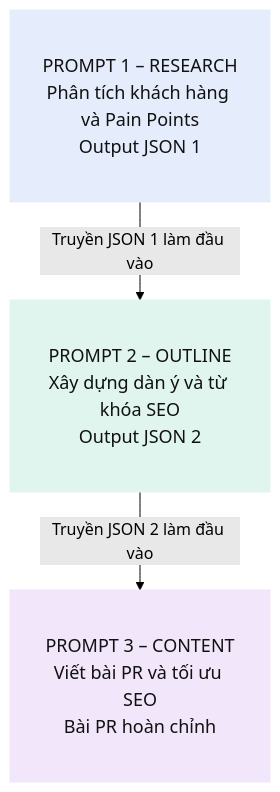
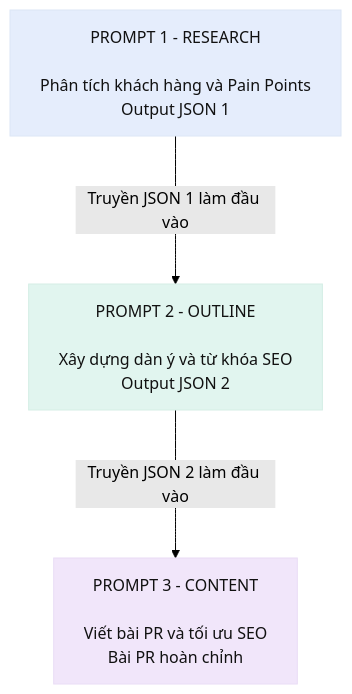
One commit to Duyanh2k8/HCM-KS26-CNTT1_PromptingAI_Session05_Ex02 changed the diagram in README.md. Above: the diagram before and after it, drawn with Mermaid (forest theme).

````diff
--- a/README.md
+++ b/README.md
@@ -138,16 +138,17 @@
 ```mermaid
+%%{init: {"flowchart": {"wrappingWidth": 450, "nodeSpacing": 80, "rankSpacing": 100}}}%%
+
 flowchart TD
-  A["PROMPT 1 – RESEARCH</br>Phân tích khách hàng và Pain Points</br>Output JSON 1"]
-  B["PROMPT 2 – OUTLINE</br>Xây dựng dàn ý và từ khóa SEO</br>Output JSON 2"]
-  C["PROMPT 3 – CONTENT</br>Viết bài PR và tối ưu SEO</br>Bài PR hoàn chỉnh"]
+    A["PROMPT 1 - RESEARCH<br/><br/>Phân tích khách hàng và Pain Points<br/>Output JSON 1"]
 
-  A --> |"Truyền JSON 1 làm đầu vào"| B
-  B --> |"Truyền JSON 2 làm đầu vào"| C
+    B["PROMPT 2 - OUTLINE<br/><br/>Xây dựng dàn ý và từ khóa SEO<br/>Output JSON 2"]
 
-classDef box font-size:18px,padding:25px
-class A,B,C box
+    C["PROMPT 3 - CONTENT<br/><br/>Viết bài PR và tối ưu SEO<br/>Bài PR hoàn chỉnh"]
 
-  style A fill:#e5edfc,stroke:#e5edfc,color:#111
-  style B fill:#e1f5ef,stroke:#e1f5ef,color:#111
-  style C fill:#f1e6fa,stroke:#f1e6fa,color:#111
+    A -->|"Truyền JSON 1 làm đầu vào"| B
+    B -->|"Truyền JSON 2 làm đầu vào"| C
+
+    style A fill:#e5edfc,stroke:#dce6f5,color:#111
+    style B fill:#e1f5ef,stroke:#d5eee5,color:#111
+    style C fill:#f1e6fa,stroke:#e9dcf5,color:#111
 ```
````
